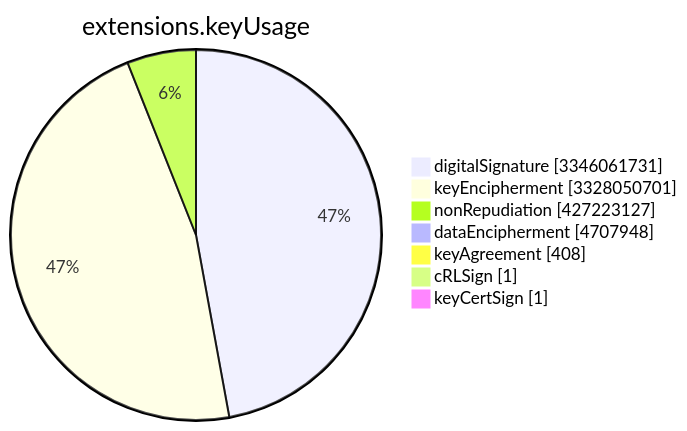
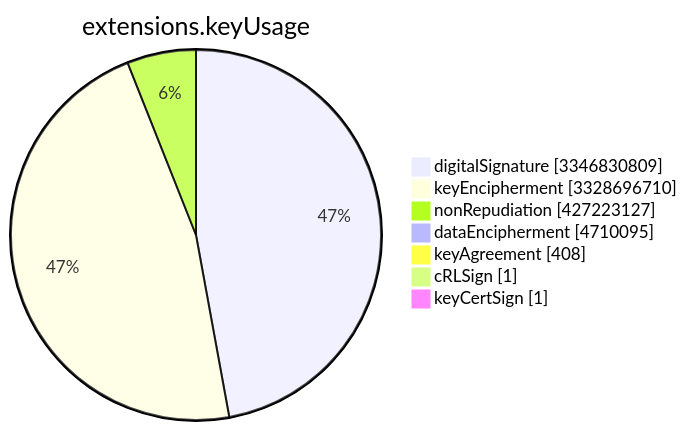
Before and after one commit to christiankrug/ctmonitor_visualization: the sixth of 15 diagrams in TOTAL/README.md, drawn with Mermaid. The commit also changed other lines of this file, not shown here.

````diff
--- a/TOTAL/README.md
+++ b/TOTAL/README.md
@@ -3079,11 +3079,11 @@
 ```mermaid
 pie showData
 title extensions.keyUsage
-"digitalSignature" :3346061731
-"keyEncipherment" :3328050701
+"digitalSignature" :3346830809
+"keyEncipherment" :3328696710
 "nonRepudiation" :427223127
-"dataEncipherment" :4707948
+"dataEncipherment" :4710095
 "keyAgreement" :408
 "cRLSign" :1
 "keyCertSign" :1
 ```
````
